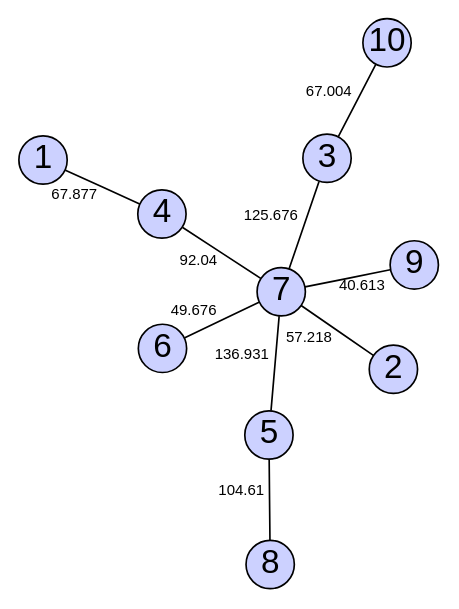
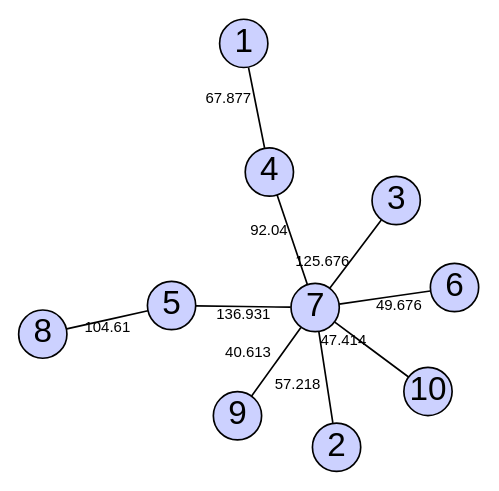
One commit to harshangrjn/LaplacianOpt.jl changed the diagram in examples/plots/plot_10_1.dot. Above: the diagram before and after it, drawn with Graphviz. The commit also changed 18 other files, not shown here.

```diff
--- a/examples/plots/plot_10_1.dot
+++ b/examples/plots/plot_10_1.dot
@@ -1,14 +1,14 @@
 graph G { 
 layout=neato; 
 size="10,5"; 
 node [fontname="Helvetica", fontsize=20, shape = circle, width=0.4, fixedsize=true, style="filled", fillcolor="0.650 0.200 1.000"]; 
 1 -- 4 [label = "67.877", fontsize=9, fontname="Helvetica"]; 
 2 -- 7 [label = "57.218", fontsize=9, fontname="Helvetica"]; 
 3 -- 7 [label = "125.676", fontsize=9, fontname="Helvetica"]; 
-3 -- 10 [label = "67.004", fontsize=9, fontname="Helvetica"]; 
 4 -- 7 [label = "92.04", fontsize=9, fontname="Helvetica"]; 
 5 -- 7 [label = "136.931", fontsize=9, fontname="Helvetica"]; 
 5 -- 8 [label = "104.61", fontsize=9, fontname="Helvetica"]; 
 6 -- 7 [label = "49.676", fontsize=9, fontname="Helvetica"]; 
 7 -- 9 [label = "40.613", fontsize=9, fontname="Helvetica"]; 
+7 -- 10 [label = "47.414", fontsize=9, fontname="Helvetica"]; 
 }
```
